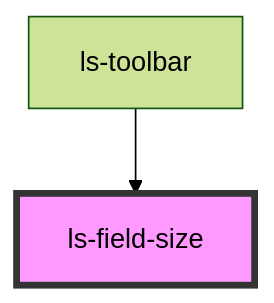
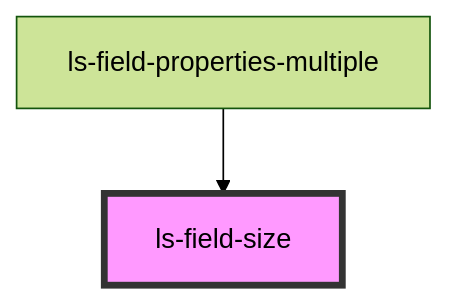
One commit to legalesign/ls-document-viewer changed the diagram in src/components/ls-field-size/readme.md. Above: the diagram before and after it, drawn with Mermaid (forest theme). The commit also changed other lines of this file and 21 other files, not shown here.

````diff
--- a/src/components/ls-field-size/readme.md
+++ b/src/components/ls-field-size/readme.md
@@ -30,5 +30,5 @@
 ```mermaid
 graph TD;
-  ls-toolbar --> ls-field-size
+  ls-field-properties-multiple --> ls-field-size
   style ls-field-size fill:#f9f,stroke:#333,stroke-width:4px
 ```
````
